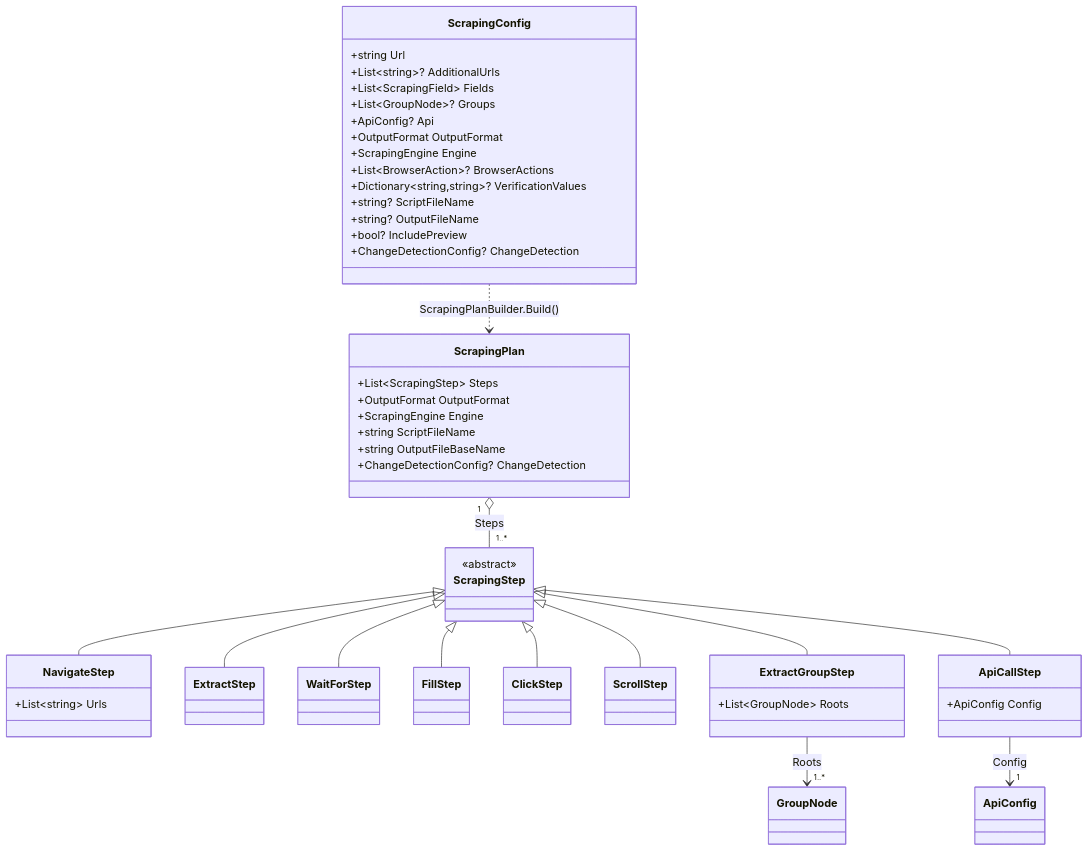
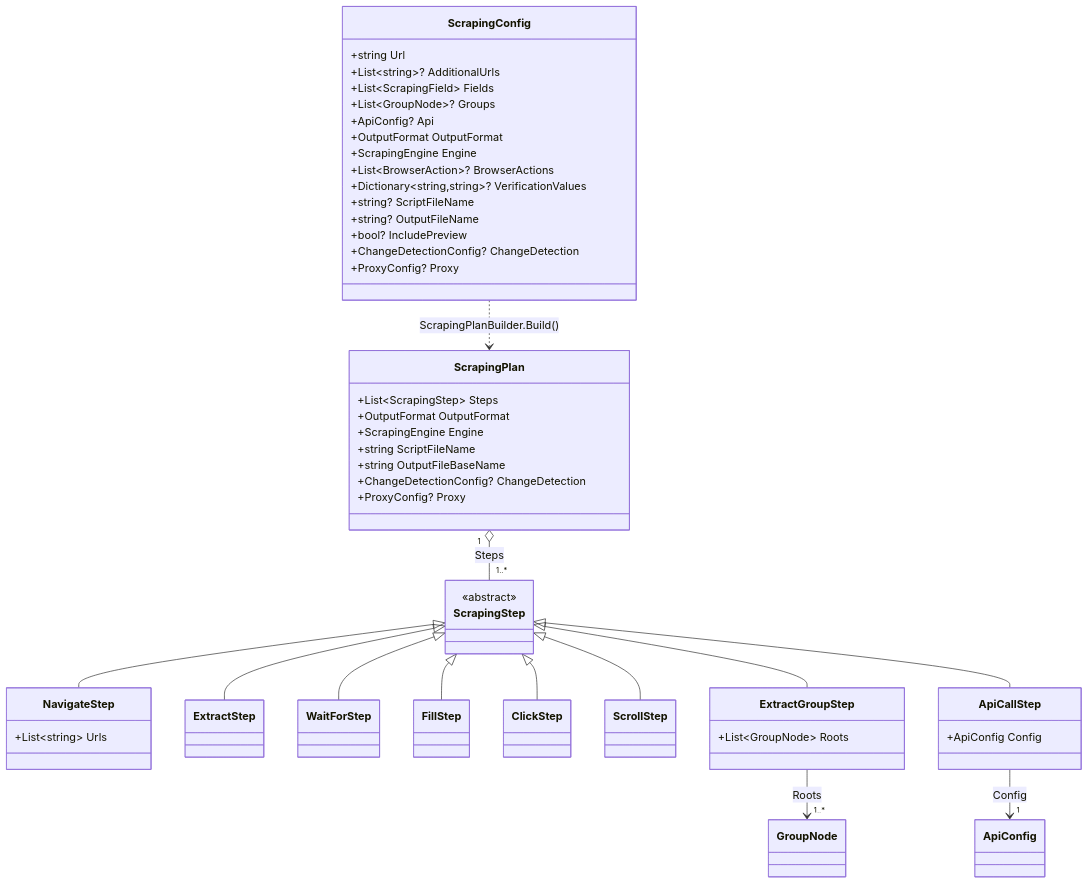
The fourth of 7 diagrams in docs/ARCHITECTURE.md (Aventinis/Scraping-Factory), drawn with Mermaid before and after one commit. The commit also changed other lines of this file and 1 other file, not shown here.

First line of the commit message:
docs(proxy-support): document Issue #88 across CLAUDE.md/ARCHITECTURE.md

````diff
--- a/docs/ARCHITECTURE.md
+++ b/docs/ARCHITECTURE.md
@@ -643,49 +691,51 @@
 ```mermaid
 classDiagram
     class ScrapingConfig {
         +string Url
         +List~string~? AdditionalUrls
         +List~ScrapingField~ Fields
         +List~GroupNode~? Groups
         +ApiConfig? Api
         +OutputFormat OutputFormat
         +ScrapingEngine Engine
         +List~BrowserAction~? BrowserActions
         +Dictionary~string,string~? VerificationValues
         +string? ScriptFileName
         +string? OutputFileName
         +bool? IncludePreview
         +ChangeDetectionConfig? ChangeDetection
+        +ProxyConfig? Proxy
     }
     class ScrapingPlan {
         +List~ScrapingStep~ Steps
         +OutputFormat OutputFormat
         +ScrapingEngine Engine
         +string ScriptFileName
         +string OutputFileBaseName
         +ChangeDetectionConfig? ChangeDetection
+        +ProxyConfig? Proxy
     }
     class ScrapingStep { <<abstract>> }
     class NavigateStep { +List~string~ Urls }
     class ExtractStep
     class WaitForStep
     class FillStep
     class ClickStep
     class ScrollStep
     class ExtractGroupStep { +List~GroupNode~ Roots }
     class ApiCallStep { +ApiConfig Config }
 
     ScrapingStep <|-- NavigateStep
     ScrapingStep <|-- ExtractStep
     ScrapingStep <|-- WaitForStep
     ScrapingStep <|-- FillStep
     ScrapingStep <|-- ClickStep
     ScrapingStep <|-- ScrollStep
     ScrapingStep <|-- ExtractGroupStep
     ScrapingStep <|-- ApiCallStep
 
     ScrapingConfig ..> ScrapingPlan : ScrapingPlanBuilder.Build()
     ScrapingPlan "1" o-- "1..*" ScrapingStep : Steps
     ExtractGroupStep --> "1..*" GroupNode : Roots
     ApiCallStep --> "1" ApiConfig : Config
 ```
````
